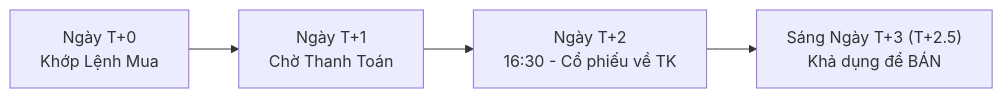
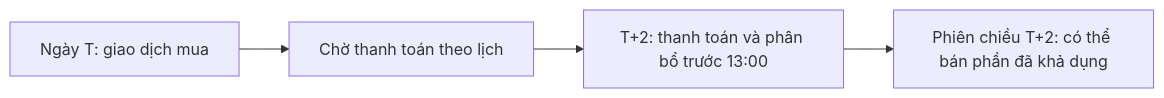
One commit to ryantr-statinops/lattice-terminal changed the second of 2 diagrams in docs/07-portfolio/vn-market-rules.md. Above: the diagram before and after it, drawn with Mermaid. The commit also changed other lines of this file and 4 other files, not shown here.

````diff
--- a/docs/07-portfolio/vn-market-rules.md
+++ b/docs/07-portfolio/vn-market-rules.md
@@ -88,6 +90,6 @@
 ```mermaid
 flowchart LR
-    T0["Ngày T+0<br/>Khớp Lệnh Mua"] --> T1["Ngày T+1<br/>Chờ Thanh Toán"]
-    T1 --> T2["Ngày T+2<br/>16:30 - Cổ phiếu về TK"]
-    T2 --> T3["Sáng Ngày T+3 (T+2.5)<br/>Khả dụng để BÁN"]
+    T0["Ngày T: giao dịch mua"] --> Pending["Chờ thanh toán theo lịch"]
+    Pending --> T2["T+2: thanh toán và phân bổ trước 13:00"]
+    T2 --> Available["Phiên chiều T+2: có thể bán phần đã khả dụng"]
 ```
````
